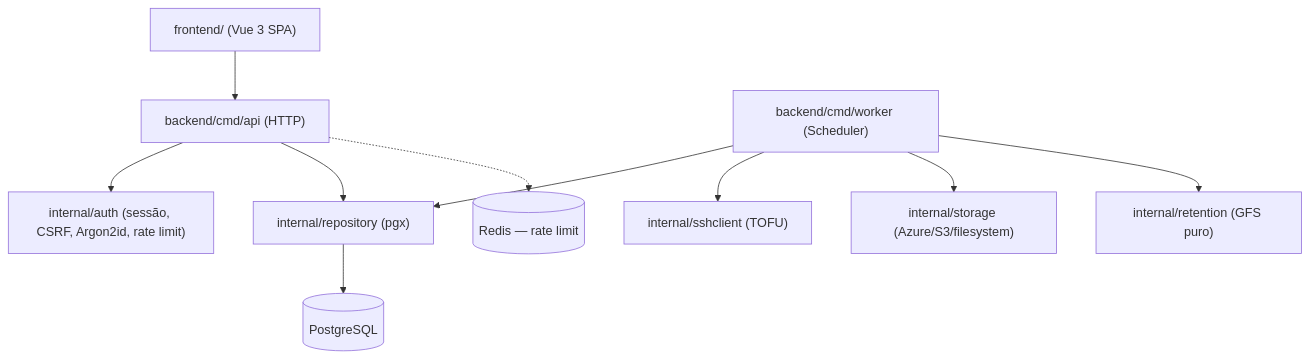
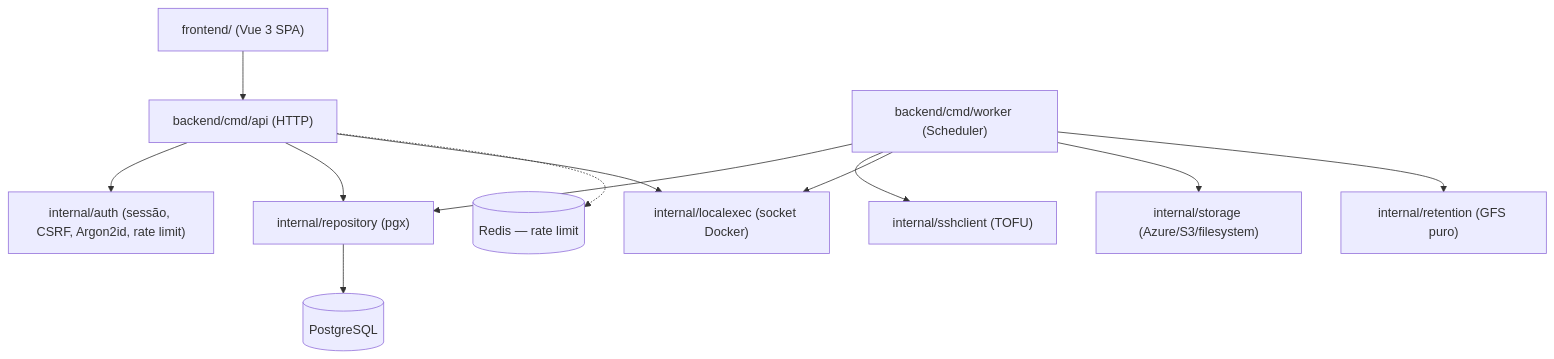
One commit to c3t4r4/Backapeando-Backup-Manager changed the first of 4 diagrams in docs/Organograma.md. Above: the diagram before and after it, drawn with Mermaid. The commit also changed other lines of this file and 38 other files, not shown here.

First line of the commit message:
feat(docker): add support for local connection mode

````diff
--- a/docs/Organograma.md
+++ b/docs/Organograma.md
@@ -11,12 +11,14 @@
 ```mermaid
 flowchart TD
     Frontend["frontend/ (Vue 3 SPA)"] --> API["backend/cmd/api (HTTP)"]
     API --> Auth["internal/auth (sessão, CSRF, Argon2id, rate limit)"]
     API --> Repos["internal/repository (pgx)"]
     Repos --> DB[("PostgreSQL")]
     Worker["backend/cmd/worker (Scheduler)"] --> Repos
     Worker --> SSH["internal/sshclient (TOFU)"]
+    Worker --> LocalExec["internal/localexec (socket Docker)"]
+    API --> LocalExec
     Worker --> Storage["internal/storage (Azure/S3/filesystem)"]
     Worker --> Retention["internal/retention (GFS puro)"]
     API -.-> Redis[("Redis — rate limit")]
 ```
````
